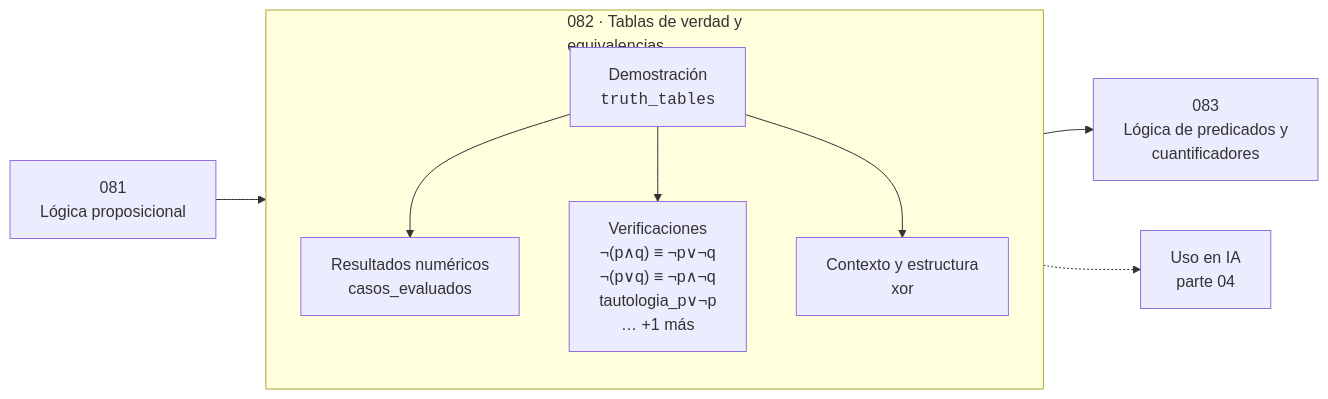
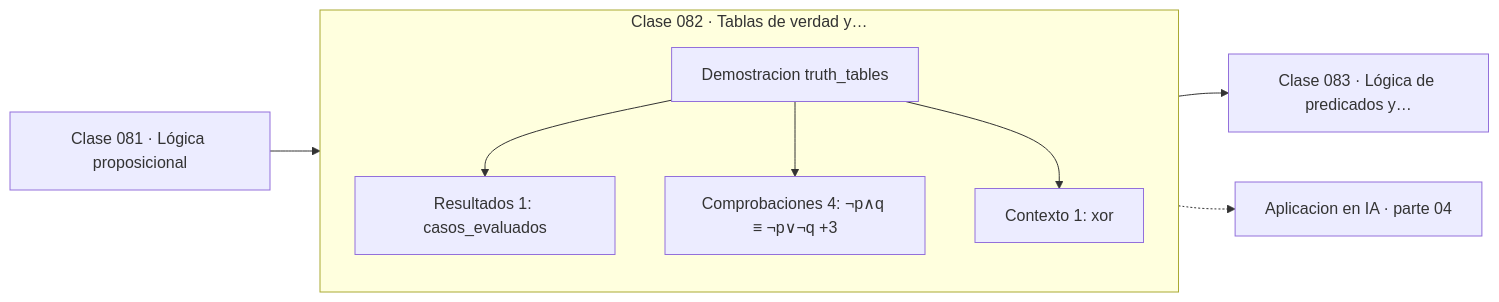
Before and after one commit to vladimiracunadev-create/computational-mathematics-program: the diagram in classes/part-04-matematica-discreta-para-computacion/082-tablas-de-verdad-y-equivalencias/README.md, drawn with Mermaid. The commit also changed other lines of this file and 389 other files, not shown here.

First line of the commit message:
fix(diagramas): elimina el HTML de las etiquetas Mermaid

````diff
--- a/classes/part-04-matematica-discreta-para-computacion/082-tablas-de-verdad-y-equivalencias/README.md
+++ b/classes/part-04-matematica-discreta-para-computacion/082-tablas-de-verdad-y-equivalencias/README.md
@@ -30,12 +36,13 @@
 ```mermaid
 flowchart LR
-    P["081<br/>Lógica proposicional"] --> C
-    subgraph C["082 · Tablas de verdad y<br/>equivalencias"]
+    P["Clase 081 · Lógica proposicional"] --> D
+    subgraph CLASE["Clase 082 · Tablas de verdad y…"]
         direction TB
-        D["Demostración<br/><code>truth_tables</code>"] --> R["Resultados numéricos<br/>casos_evaluados"]
-        D --> V["Verificaciones<br/>¬(p∧q) ≡ ¬p∨¬q<br/>¬(p∨q) ≡ ¬p∧¬q<br/>tautologia_p∨¬p<br/>… +1 más"]
-        D --> O["Contexto y estructura<br/>xor"]
+        D["Demostracion truth_tables"]
+        D --> R["Resultados 1: casos_evaluados"]
+        D --> V["Comprobaciones 4: ¬p∧q ≡ ¬p∨¬q +3"]
+        D --> O["Contexto 1: xor"]
     end
-    C --> N["083<br/>Lógica de predicados y<br/>cuantificadores"]
-    C -.-> IA["Uso en IA<br/>parte 04"]
+    R --> N["Clase 083 · Lógica de predicados y…"]
+    V -.-> IA["Aplicacion en IA · parte 04"]
 ```
````
